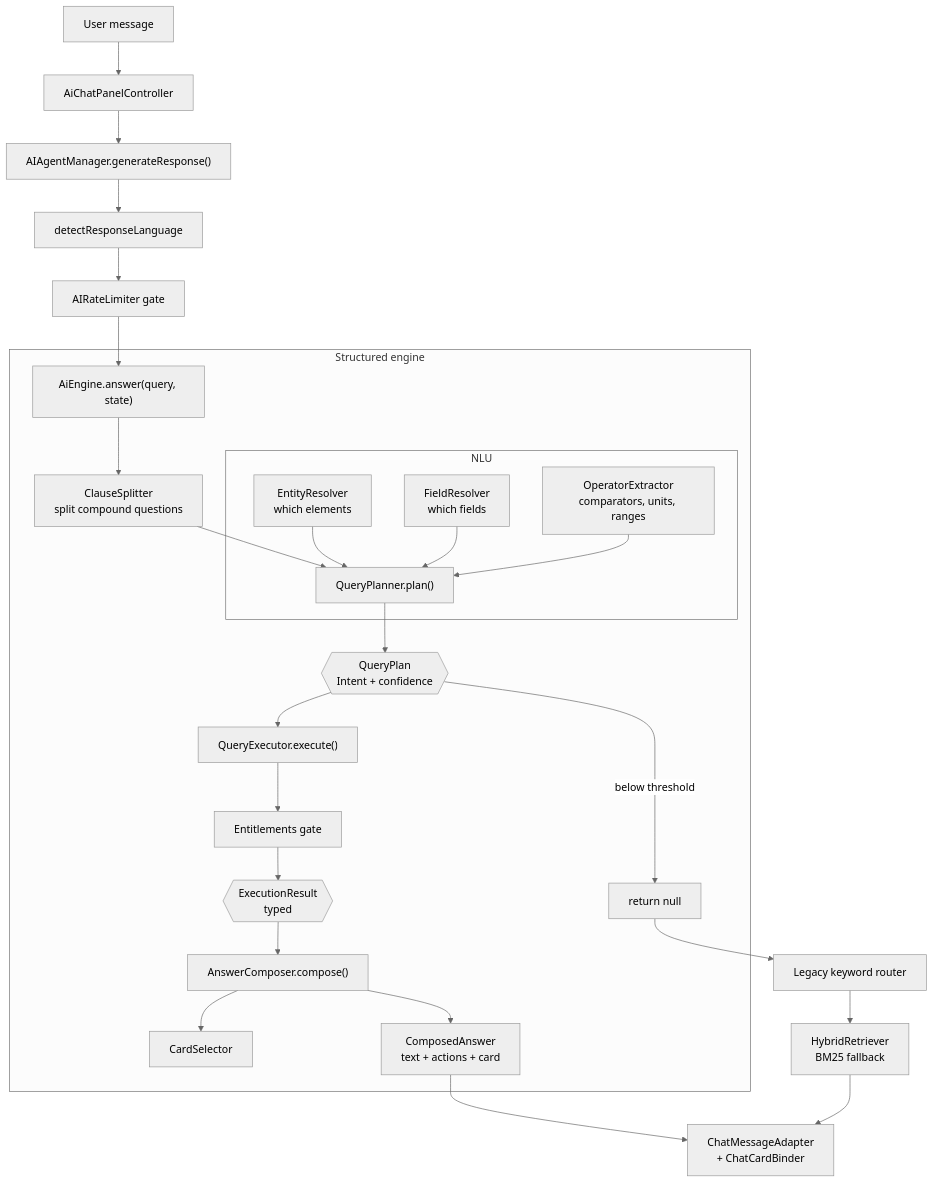
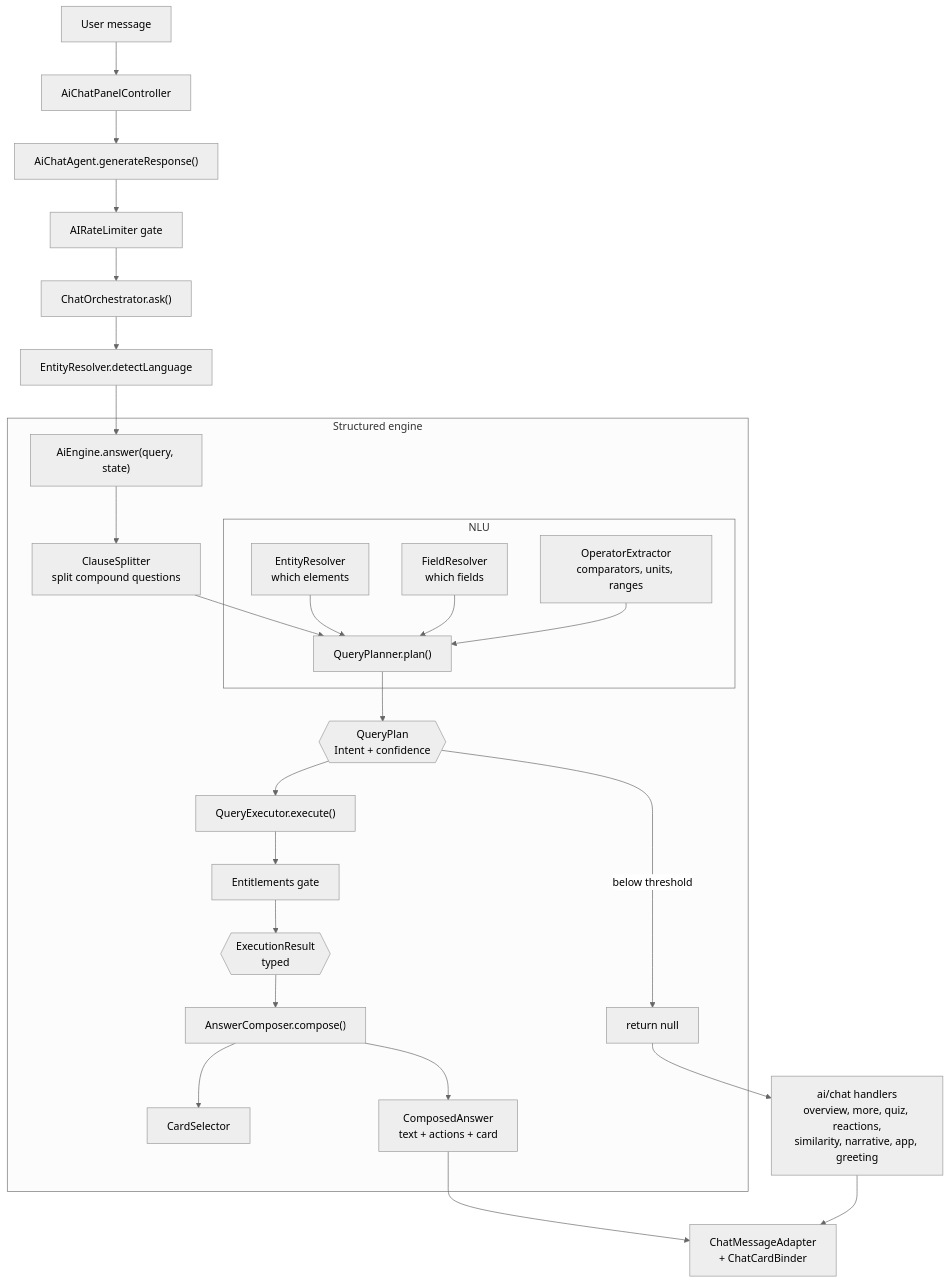
Before and after one commit to JLindemann42/Atomic-Periodic-Table.Android: the diagram in docs/ai/index.md, drawn with Mermaid (neutral theme). The commit also changed other lines of this file and 49 other files, not shown here.

First line of the commit message:
Replace the keyword router with the ported ChatOrchestrator (roadmap 0.2)

````diff
--- a/docs/ai/index.md
+++ b/docs/ai/index.md
@@ -34,35 +34,35 @@
 ```mermaid
 flowchart TD
     U[User message] --> ACP[AiChatPanelController]
-    ACP --> AM["AIAgentManager.generateResponse()"]
+    ACP --> AM["AiChatAgent.generateResponse()"]
 
-    AM --> LD[detectResponseLanguage]
-    LD --> RL[AIRateLimiter gate]
-    RL --> ENG["AiEngine.answer(query, state)"]
+    AM --> RL[AIRateLimiter gate]
+    RL --> CO["ChatOrchestrator.ask()"]
+    CO --> LD[EntityResolver.detectLanguage]
+    LD --> ENG["AiEngine.answer(query, state)"]
 
     subgraph Engine["Structured engine"]
         ENG --> CS[ClauseSplitter<br/>split compound questions]
         CS --> QP["QueryPlanner.plan()"]
 
         subgraph NLU["NLU"]
             ER[EntityResolver<br/>which elements] --> QP
             FR[FieldResolver<br/>which fields] --> QP
             OE[OperatorExtractor<br/>comparators, units, ranges] --> QP
         end
 
         QP --> PLAN{{QueryPlan<br/>Intent + confidence}}
         PLAN -->|below threshold| DECLINE[return null]
         PLAN --> QE["QueryExecutor.execute()"]
         QE --> ENT[Entitlements gate]
         ENT --> RES{{ExecutionResult<br/>typed}}
         RES --> AC["AnswerComposer.compose()"]
         AC --> CARD[CardSelector]
         AC --> OUT[ComposedAnswer<br/>text + actions + card]
     end
 
-    DECLINE --> LEG[Legacy keyword router]
-    LEG --> HR[HybridRetriever<br/>BM25 fallback]
+    DECLINE --> HND[ai/chat handlers<br/>overview, more, quiz, reactions,<br/>similarity, narrative, app, greeting]
 
     OUT --> UI[ChatMessageAdapter<br/>+ ChatCardBinder]
-    HR --> UI
+    HND --> UI
 ```
````
